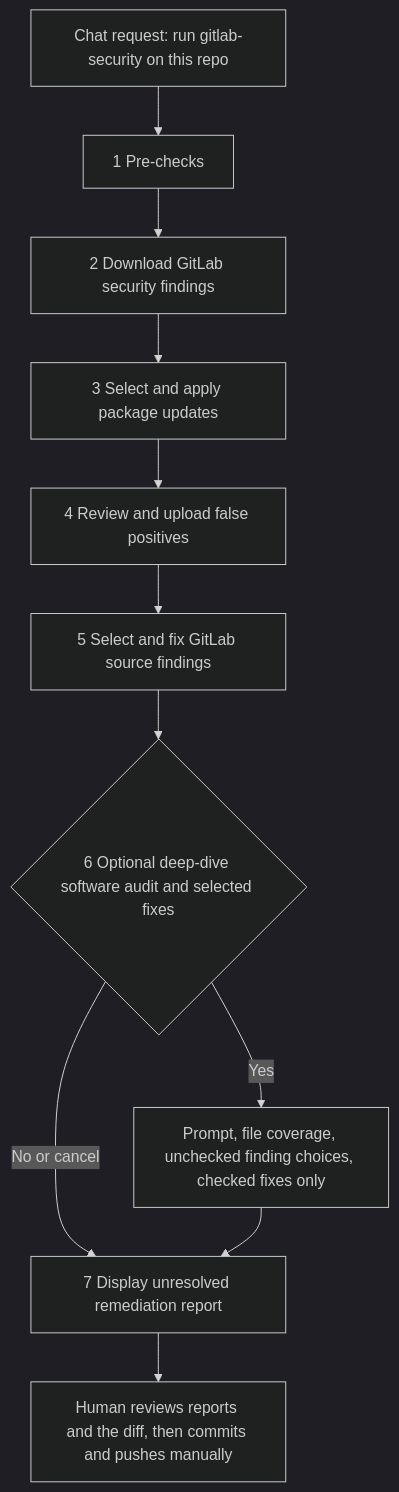
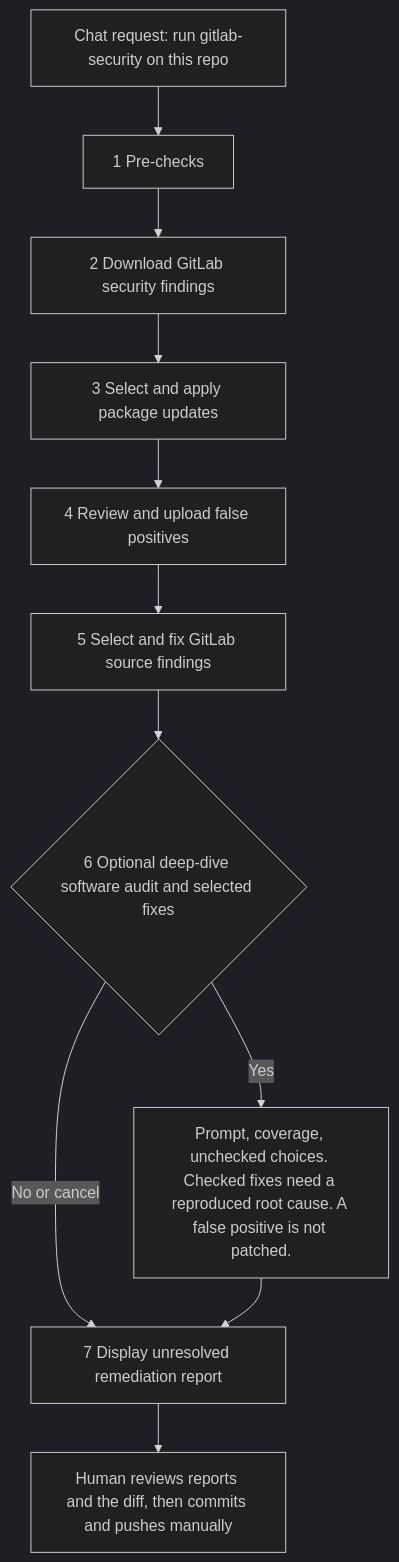
One commit to jprejsnar/security-mcp-fixer changed the first of 7 diagrams in README.md. Above: the diagram before and after it, drawn with Mermaid (dark theme). The commit also changed other lines of this file and 7 other files, not shown here.

````diff
--- a/README.md
+++ b/README.md
@@ -634,13 +638,13 @@
 ```mermaid
 flowchart TD
   request["Chat request: run gitlab-security on this repo"] --> j1["1 Pre-checks"]
   j1 --> j2["2 Download GitLab security findings"]
   j2 --> j3["3 Select and apply package updates"]
   j3 --> j4["4 Review and upload false positives"]
   j4 --> j5["5 Select and fix GitLab source findings"]
   j5 --> j6{"6 Optional deep-dive software audit and selected fixes"}
-  j6 -->|Yes| audit["Prompt, file coverage, unchecked finding choices, checked fixes only"]
+  j6 -->|Yes| audit["Prompt, coverage, unchecked choices. Checked fixes need a reproduced root cause. A false positive is not patched."]
   j6 -->|No or cancel| j7["7 Display unresolved remediation report"]
   audit --> j7
   j7 --> human["Human reviews reports and the diff, then commits and pushes manually"]
 ```
````
